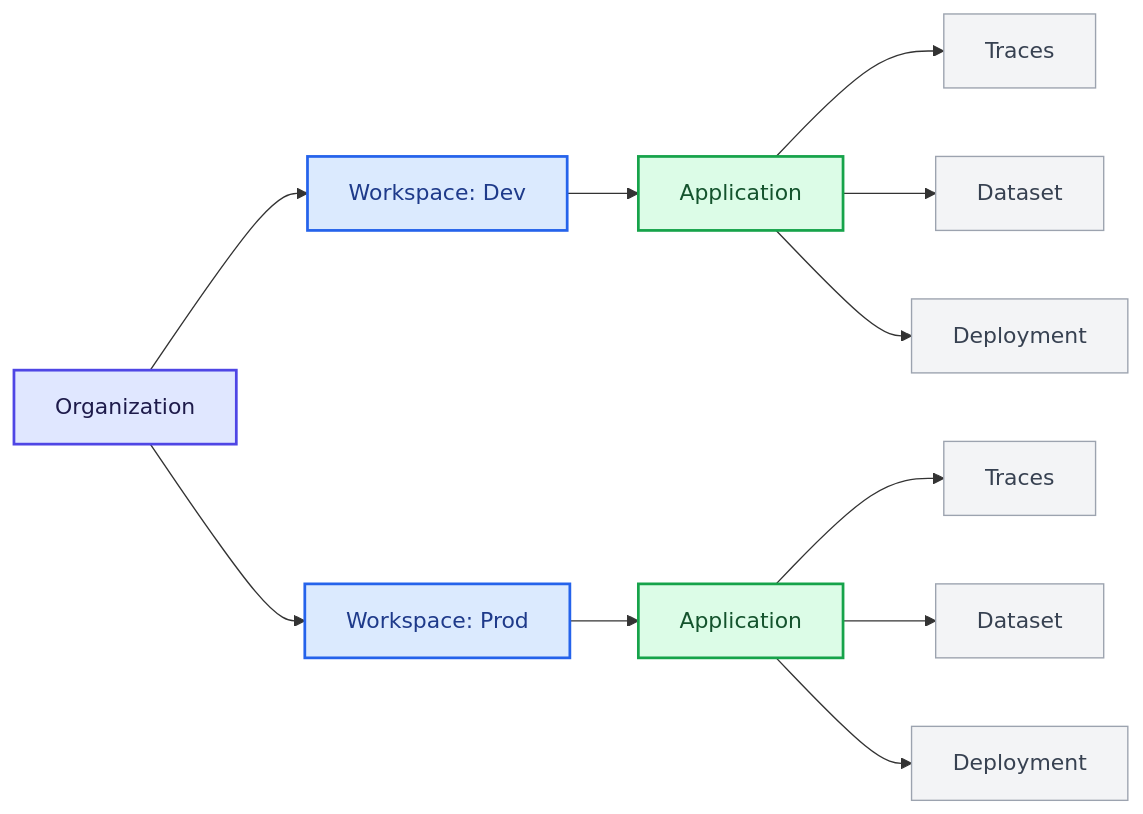
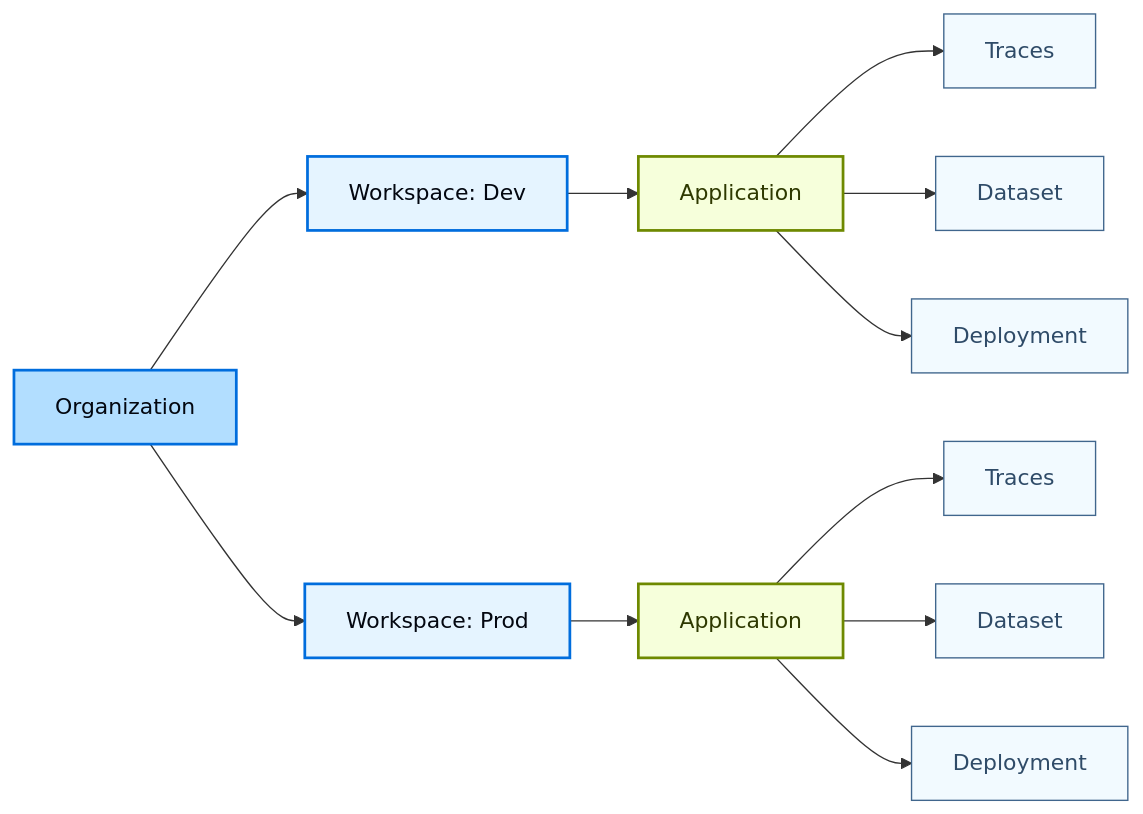
The third of 3 diagrams in langsmith/workload-isolation.mdx (kunfan96/cndocs-langchain), drawn with Mermaid before and after one commit. The commit also changed other lines of this file and 2538 other files, not shown here.

````diff
--- a/langsmith/workload-isolation.mdx
+++ b/langsmith/workload-isolation.mdx
@@ -132,42 +132,42 @@
 ```mermaid actions={false}
 graph LR
     Org[Organization]
 
     WSDev[Workspace: Dev]
     WSProd[Workspace: Prod]
 
     AppDev[Application]
     AppProd[Application]
 
     TracesDev[Traces]
     DatasetDev[Dataset]
     DeploymentDev[Deployment]
 
     TracesProd[Traces]
     DatasetProd[Dataset]
     DeploymentProd[Deployment]
 
     Org --> WSDev
     Org --> WSProd
 
     WSDev --> AppDev
     WSProd --> AppProd
 
     AppDev --> TracesDev
     AppDev --> DatasetDev
     AppDev --> DeploymentDev
 
     AppProd --> TracesProd
     AppProd --> DatasetProd
     AppProd --> DeploymentProd
 
-    classDef orgStyle fill:#E0E7FF,stroke:#4F46E5,stroke-width:2px,color:#1E1B4B
-    classDef wsStyle fill:#DBEAFE,stroke:#2563EB,stroke-width:2px,color:#1E3A8A
-    classDef appStyle fill:#DCFCE7,stroke:#16A34A,stroke-width:2px,color:#14532D
-    classDef resourceStyle fill:#F3F4F6,stroke:#9CA3AF,stroke-width:1px,color:#374151
+    classDef orgStyle fill:#B2DEFF,stroke:#006DDD,stroke-width:2px,color:#030710
+    classDef wsStyle fill:#E5F4FF,stroke:#006DDD,stroke-width:2px,color:#030710
+    classDef appStyle fill:#F6FFDB,stroke:#6E8900,stroke-width:2px,color:#2E3900
+    classDef resourceStyle fill:#F2FAFF,stroke:#40668D,stroke-width:1px,color:#2F4B68
 
     class Org orgStyle
     class WSDev,WSProd wsStyle
     class AppDev,AppProd appStyle
     class TracesDev,DatasetDev,DeploymentDev,TracesProd,DatasetProd,DeploymentProd resourceStyle
 ```
````
